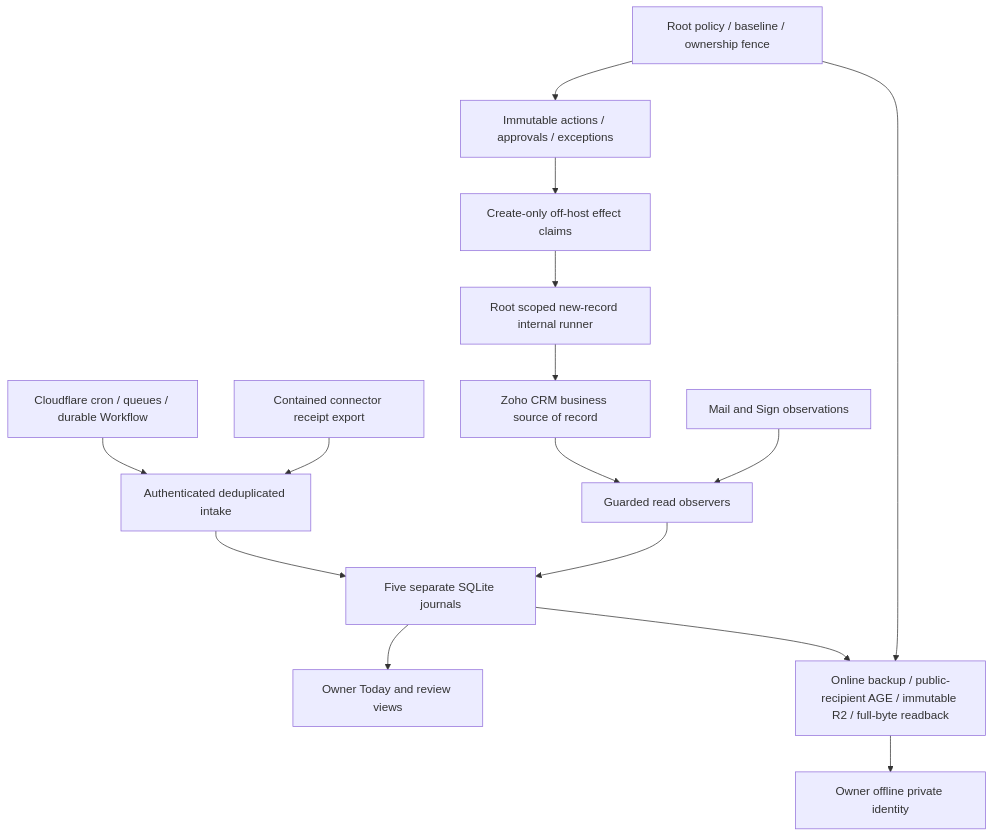
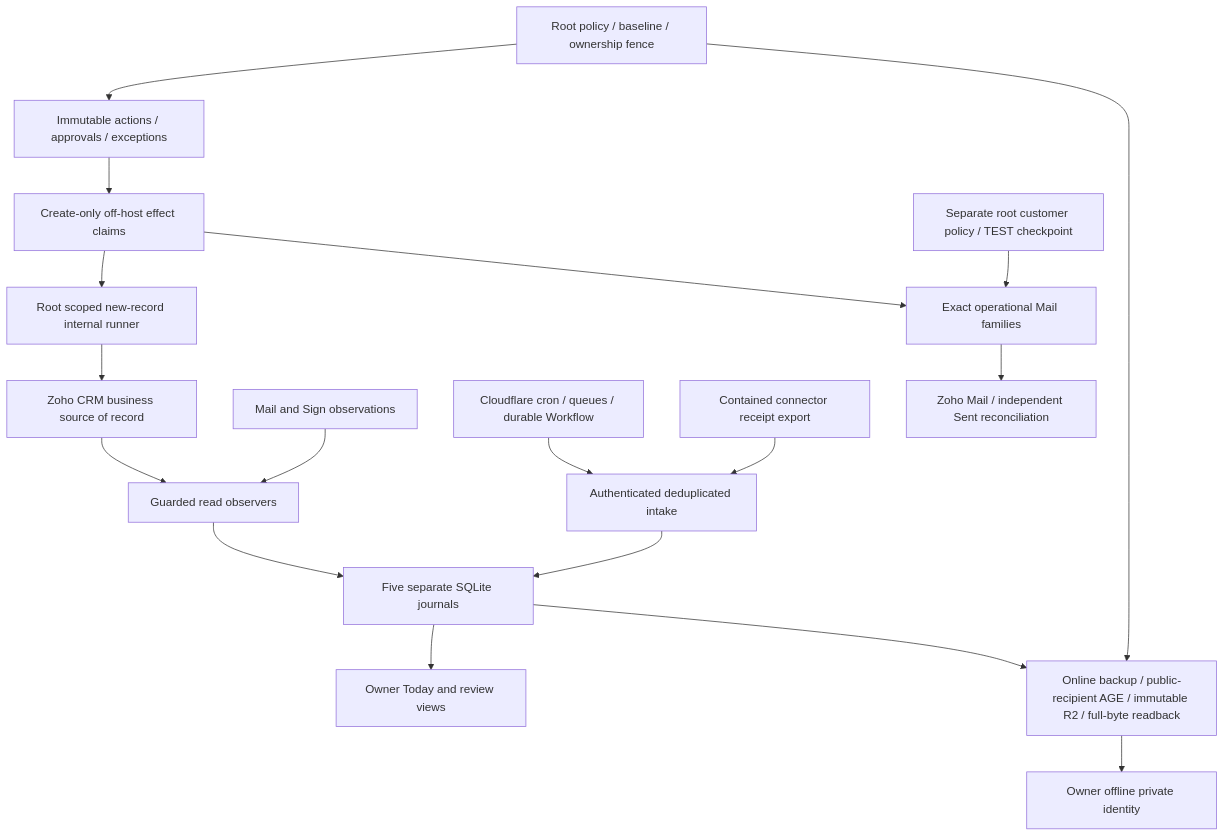
The diagram in docs/OPTIBRAIN_ARCHITECTURE_BLUEPRINT.md (yboucher97/opticable-api-platform), drawn with Mermaid before and after one commit. The commit also changed other lines of this file and 60 other files, not shown here.

Commit message:
Prove scoped customer communications and operational lifecycle

````diff
--- a/docs/OPTIBRAIN_ARCHITECTURE_BLUEPRINT.md
+++ b/docs/OPTIBRAIN_ARCHITECTURE_BLUEPRINT.md
@@ -5,17 +5,20 @@
 ```mermaid
 flowchart TD
   CRM[Zoho CRM business source of record] --> READ[Guarded read observers]
   MS[Mail and Sign observations] --> READ
   CF[Cloudflare cron / queues / durable Workflow] --> IN[Authenticated deduplicated intake]
   CN[Contained connector receipt export] --> IN
   IN --> DB[Five separate SQLite journals]
   READ --> DB
   DB --> OWNER[Owner Today and review views]
   POLICY[Root policy / baseline / ownership fence] --> ACTION[Immutable actions / approvals / exceptions]
   ACTION --> CLAIM[Create-only off-host effect claims]
   CLAIM --> SCOPED[Root scoped new-record internal runner]
   SCOPED --> CRM
+  SENDPOLICY[Separate root customer policy / TEST checkpoint] --> SEND[Exact operational Mail families]
+  CLAIM --> SEND
+  SEND --> MAIL[Zoho Mail / independent Sent reconciliation]
   DB --> BACKUP[Online backup / public-recipient AGE / immutable R2 / full-byte readback]
   POLICY --> BACKUP
   BACKUP --> KEY[Owner offline private identity]
 ```
````
